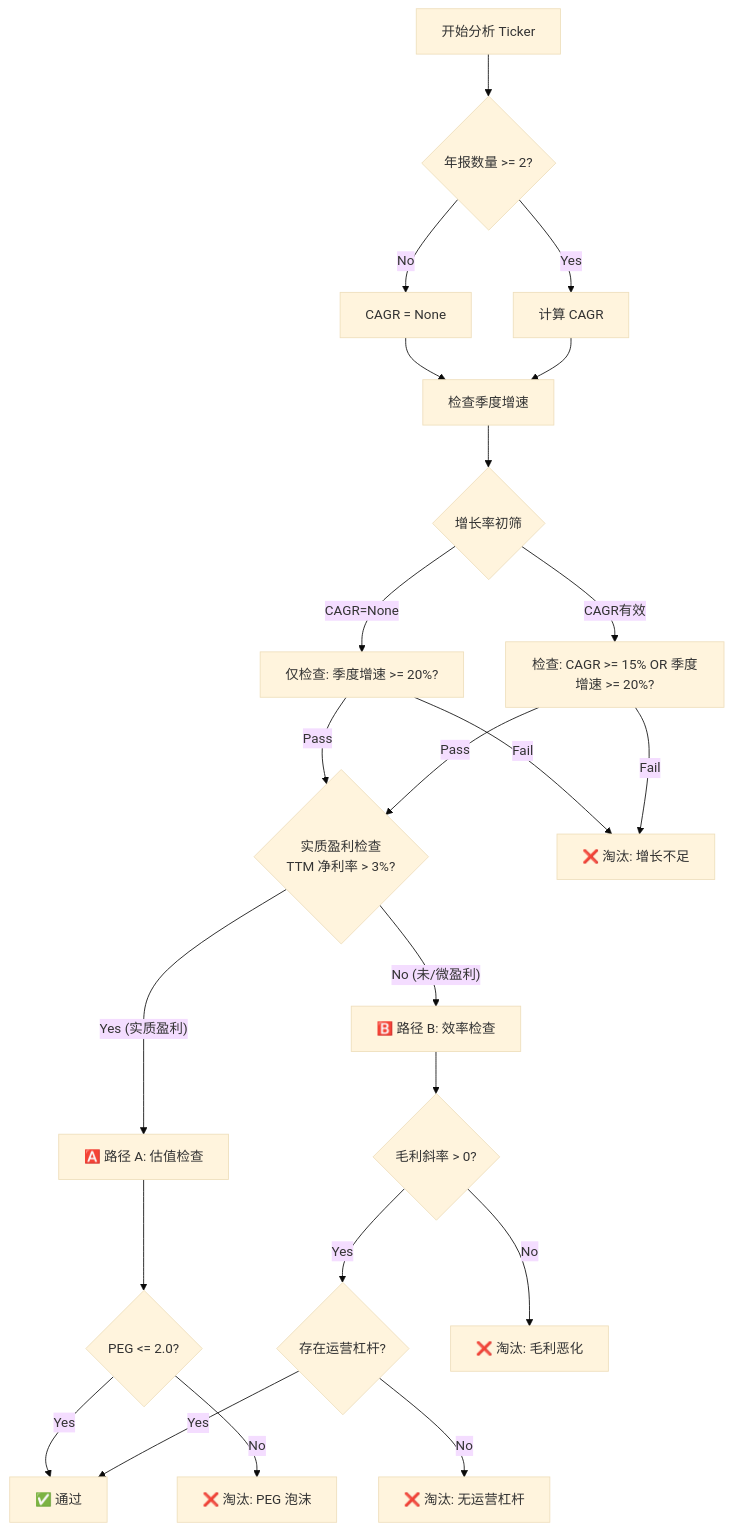
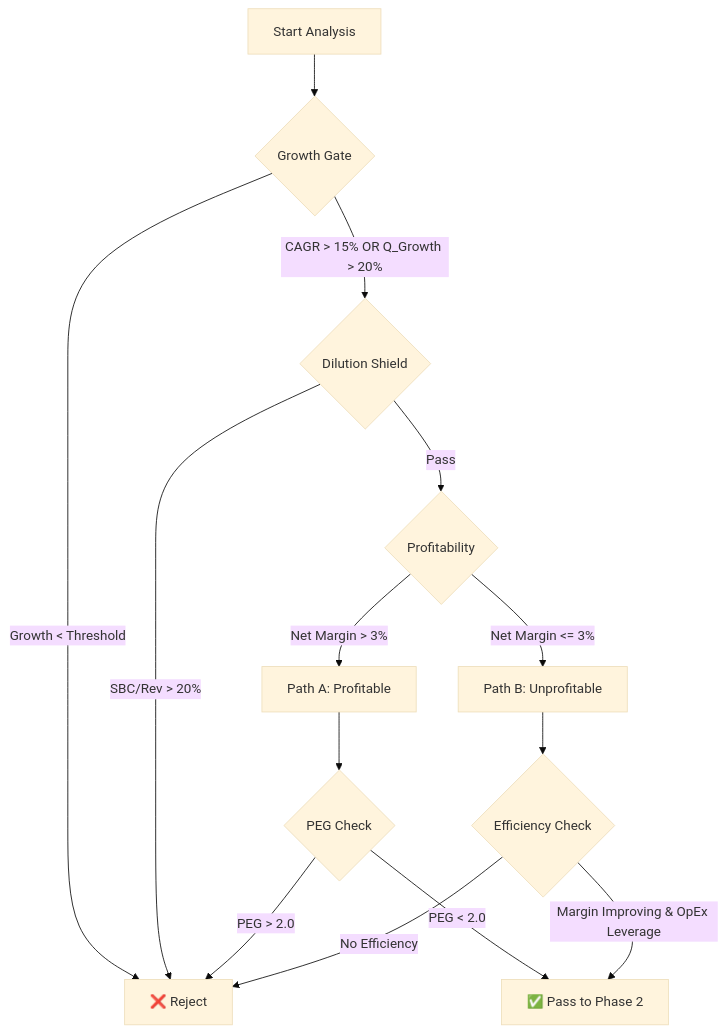
Before and after one commit to WayneJinOSU/growth_ai: the diagram in README.md, drawn with Mermaid (base theme). The commit also changed other lines of this file and 8 other files, not shown here.

````diff
--- a/README.md
+++ b/README.md
@@ -17,36 +30,21 @@
     ```mermaid
     graph TD
-        Start[开始分析 Ticker] --> CheckData{年报数量 >= 2?}
+        Start[Start Analysis] --> CheckGrowth{Growth Gate}
         
-        CheckData -- No --> SetCAGRNone[CAGR = None]
-        CheckData -- Yes --> CalcCAGR[计算 CAGR]
+        CheckGrowth -- "CAGR > 15% OR Q_Growth > 20%" --> CheckDilution{Dilution Shield}
+        CheckGrowth -- "Growth < Threshold" --> Reject[❌ Reject]
         
-        SetCAGRNone --> CheckQ[检查季度增速]
-        CalcCAGR --> CheckQ
+        CheckDilution -- "SBC/Rev > 20%" --> Reject
+        CheckDilution -- "Pass" --> CheckProfit{Profitability}
         
-        CheckQ --> GrowthGate{增长率初筛}
+        CheckProfit -- "Net Margin > 3%" --> PathA[Path A: Profitable]
+        CheckProfit -- "Net Margin <= 3%" --> PathB[Path B: Unprofitable]
         
-        GrowthGate -- "CAGR=None" --> Gate1[仅检查: 季度增速 >= 20%?]
-        GrowthGate -- "CAGR有效" --> Gate2[检查: CAGR >= 15% OR 季度增速 >= 20%?]
+        PathA --> CheckPEG{PEG Check}
+        CheckPEG -- "PEG < 2.0" --> Phase2[✅ Pass to Phase 2]
+        CheckPEG -- "PEG > 2.0" --> Reject
         
-        Gate1 -- Pass --> ProfitCheck
-        Gate2 -- Pass --> ProfitCheck
-        Gate1 -- Fail --> Reject[❌ 淘汰: 增长不足]
-        Gate2 -- Fail --> Reject
-        
-        ProfitCheck{实质盈利检查<br>TTM 净利率 > 3%?}
-        
-        ProfitCheck -- Yes (实质盈利) --> PathA[🅰️ 路径 A: 估值检查]
-        ProfitCheck -- No (未/微盈利) --> PathB[🅱️ 路径 B: 效率检查]
-        
-        PathA --> PEGCheck{PEG <= 2.0?}
-        PEGCheck -- Yes --> Pass[✅ 通过]
-        PEGCheck -- No --> RejectPEG[❌ 淘汰: PEG 泡沫]
-        
-        PathB --> MarginCheck{毛利斜率 > 0?}
-        MarginCheck -- Yes --> LevCheck{存在运营杠杆?}
-        MarginCheck -- No --> RejectMargin[❌ 淘汰: 毛利恶化]
-        
-        LevCheck -- Yes --> Pass
-        LevCheck -- No --> RejectLev[❌ 淘汰: 无运营杠杆]
+        PathB --> CheckEfficiency{Efficiency Check}
+        CheckEfficiency -- "Margin Improving & OpEx Leverage" --> Phase2
+        CheckEfficiency -- "No Efficiency" --> Reject
     ```
````
